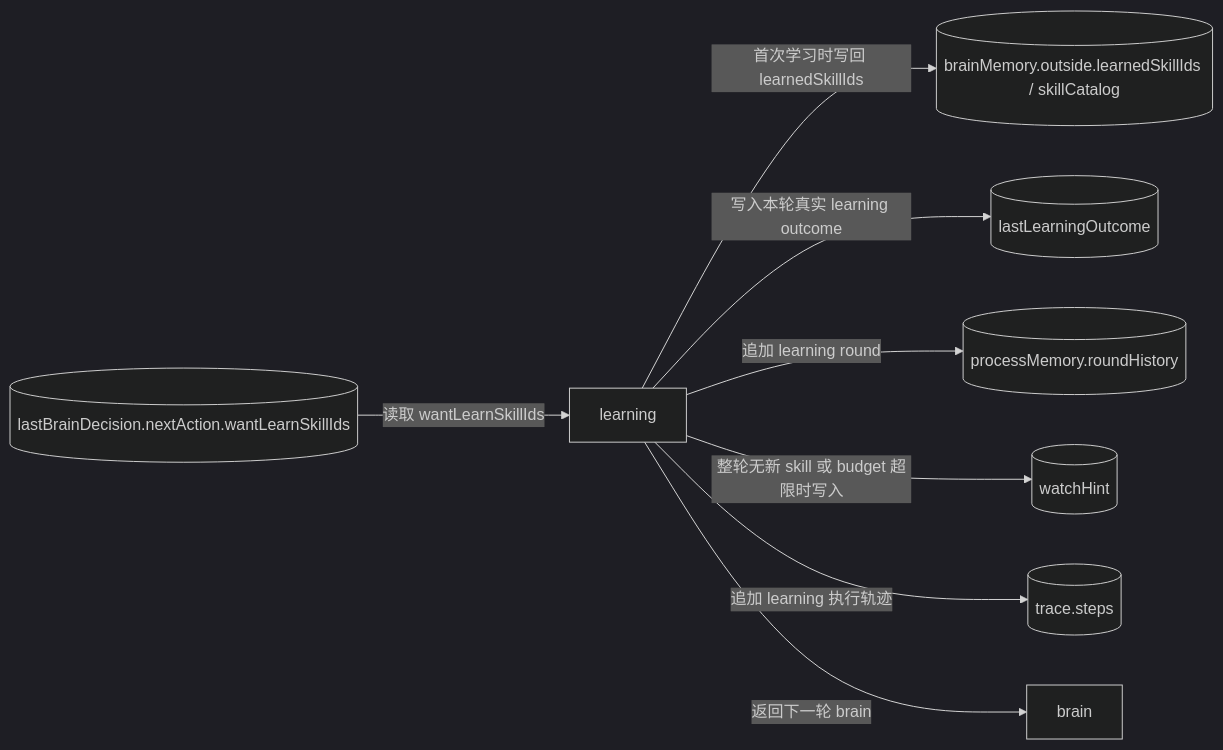
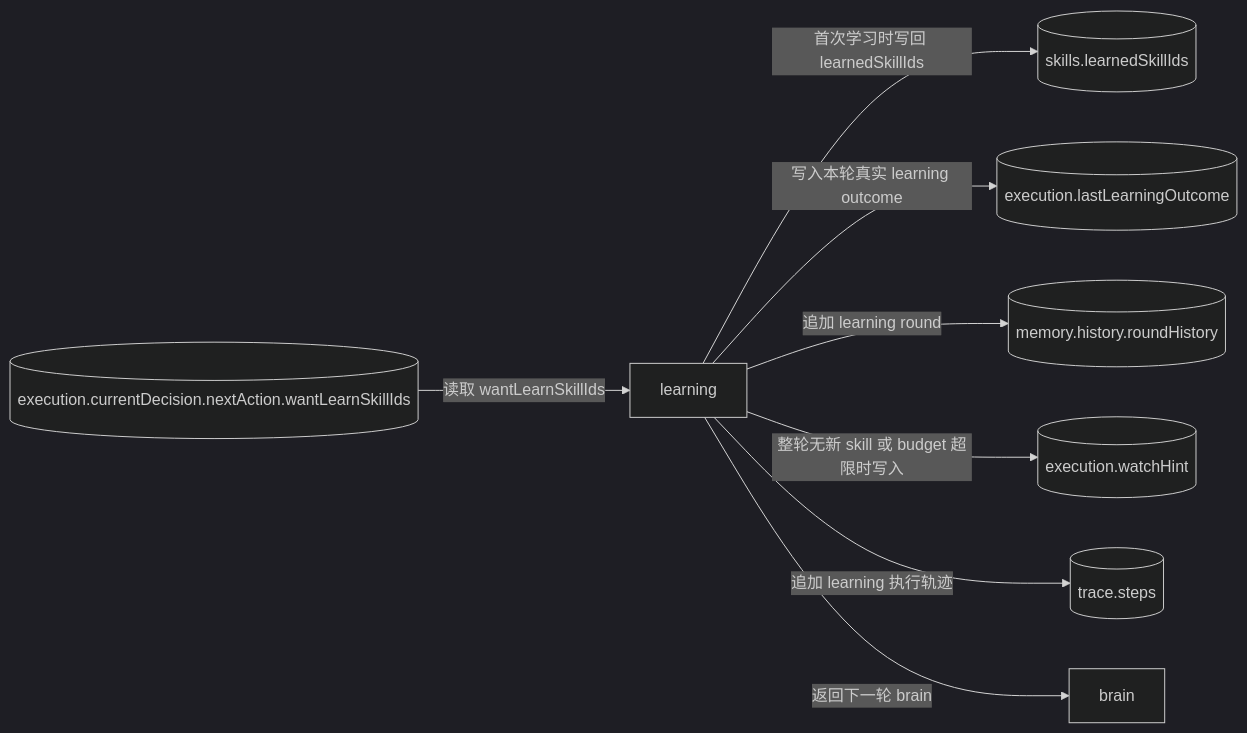
One commit to Yoan98/Ncurator changed the fifth of 7 diagrams in doc/ai-design/data-definition-and-flow.md. Above: the diagram before and after it, drawn with Mermaid (dark theme). The commit also changed other lines of this file and 52 other files, not shown here.

````diff
--- a/doc/ai-design/data-definition-and-flow.md
+++ b/doc/ai-design/data-definition-and-flow.md
@@ -926,19 +910,19 @@
 ```mermaid
 flowchart LR
-    LBD[("lastBrainDecision.nextAction.wantLearnSkillIds")]
+    CD[("execution.currentDecision.nextAction.wantLearnSkillIds")]
     L["learning"]
-    BM[("brainMemory.outside.learnedSkillIds / skillCatalog")]
-    LLO[("lastLearningOutcome")]
-    PM[("processMemory.roundHistory")]
-    WH[("watchHint")]
+    SK[("skills.learnedSkillIds")]
+    LLO[("execution.lastLearningOutcome")]
+    PM[("memory.history.roundHistory")]
+    WH[("execution.watchHint")]
     TR[("trace.steps")]
     B["brain"]
 
-    LBD -->|读取 wantLearnSkillIds| L
-    L -->|首次学习时写回 learnedSkillIds| BM
+    CD -->|读取 wantLearnSkillIds| L
+    L -->|首次学习时写回 learnedSkillIds| SK
     L -->|写入本轮真实 learning outcome| LLO
     L -->|追加 learning round| PM
     L -->|整轮无新 skill 或 budget 超限时写入| WH
     L -->|追加 learning 执行轨迹| TR
     L -->|返回下一轮 brain| B
 ```
````
